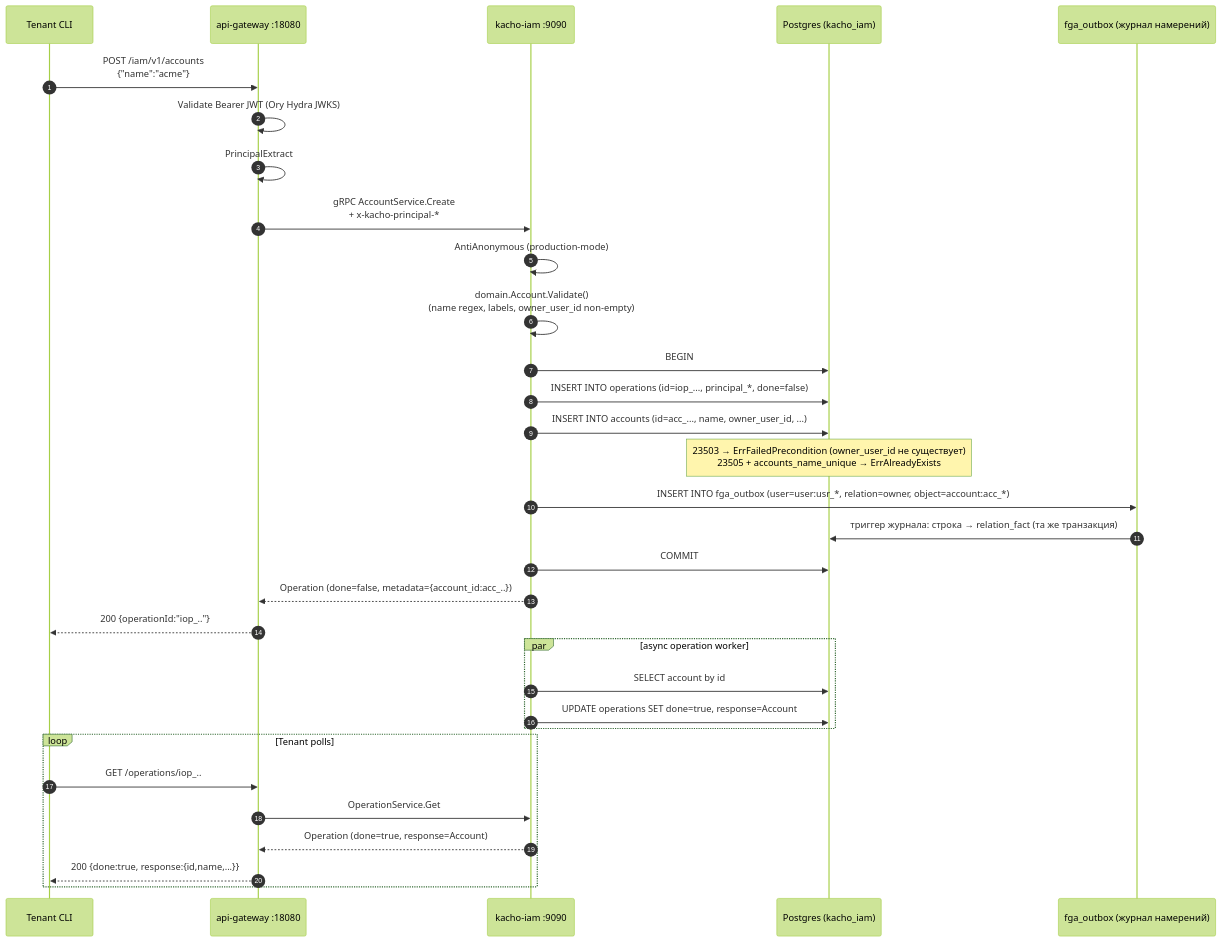
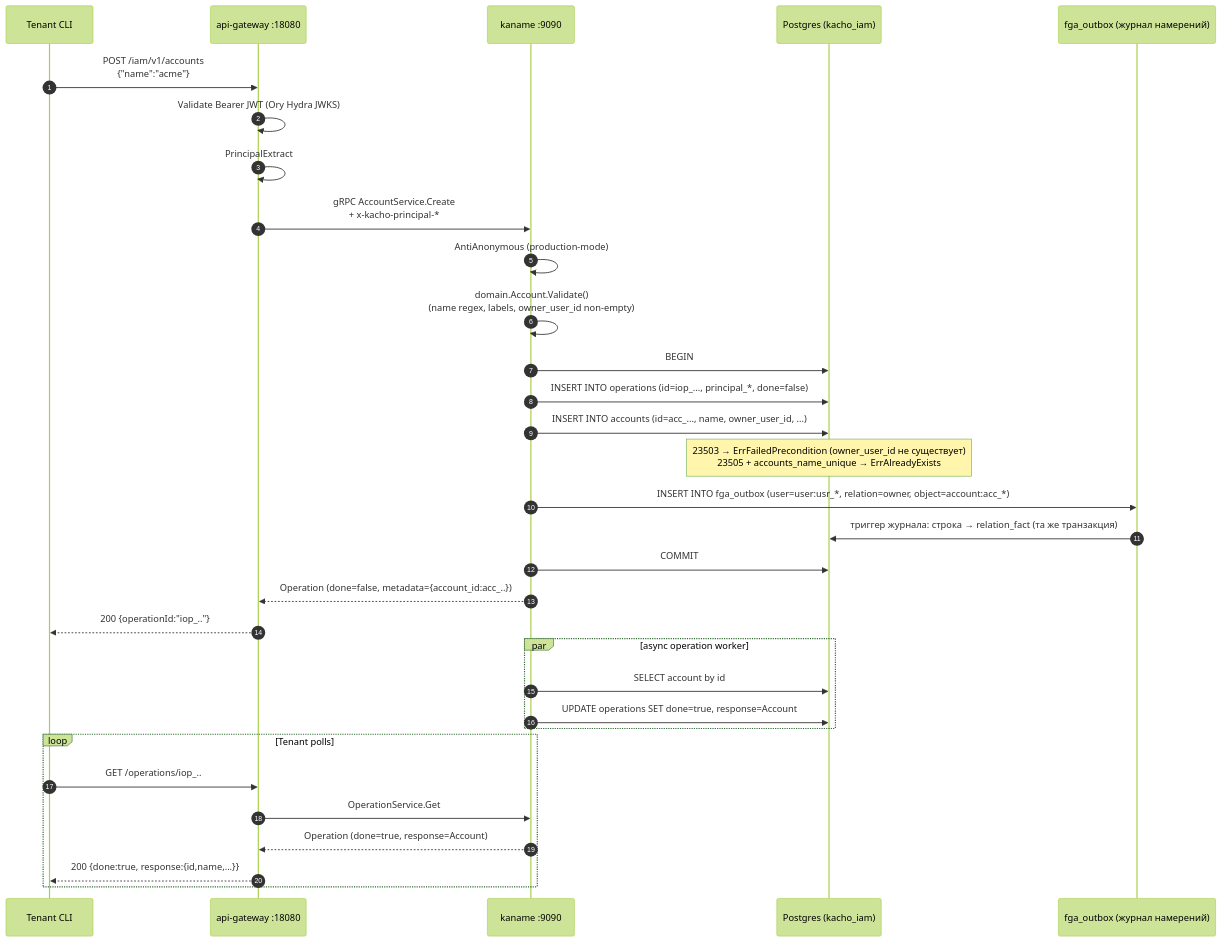
One commit to PRO-Robotech/kacho changed the diagram in services/iam/docs/engineering/components/01-account.md. Above: the diagram before and after it, drawn with Mermaid (forest theme). The commit also changed 1011 other files, not shown here.

````diff
--- a/services/iam/docs/engineering/components/01-account.md
+++ b/services/iam/docs/engineering/components/01-account.md
@@ -67,37 +67,37 @@
 ```mermaid
 sequenceDiagram
     autonumber
     participant Cli as Tenant CLI
     participant GW as api-gateway :18080
-    participant IAM as kacho-iam :9090
+    participant IAM as kaname :9090
     participant DB as Postgres (kacho_iam)
     participant Out as fga_outbox (журнал намерений)
 
     Cli->>GW: POST /iam/v1/accounts<br/>{"name":"acme"}
     GW->>GW: Validate Bearer JWT (Ory Hydra JWKS)
     GW->>GW: PrincipalExtract
     GW->>IAM: gRPC AccountService.Create<br/>+ x-kacho-principal-*
     IAM->>IAM: AntiAnonymous (production-mode)
     IAM->>IAM: domain.Account.Validate()<br/>(name regex, labels, owner_user_id non-empty)
     IAM->>DB: BEGIN
     IAM->>DB: INSERT INTO operations (id=iop_..., principal_*, done=false)
     IAM->>DB: INSERT INTO accounts (id=acc_..., name, owner_user_id, ...)
     Note over DB: 23503 → ErrFailedPrecondition (owner_user_id не существует)<br/>23505 + accounts_name_unique → ErrAlreadyExists
     IAM->>Out: INSERT INTO fga_outbox (user=user:usr_*, relation=owner, object=account:acc_*)
     Out->>DB: триггер журнала: строка → relation_fact (та же транзакция)
     IAM->>DB: COMMIT
     IAM-->>GW: Operation (done=false, metadata={account_id:acc_..})
     GW-->>Cli: 200 {operationId:"iop_.."}
 
     par async operation worker
         IAM->>DB: SELECT account by id
         IAM->>DB: UPDATE operations SET done=true, response=Account
     end
 
     loop Tenant polls
         Cli->>GW: GET /operations/iop_..
         GW->>IAM: OperationService.Get
         IAM-->>GW: Operation (done=true, response=Account)
         GW-->>Cli: 200 {done:true, response:{id,name,...}}
     end
 ```
````
